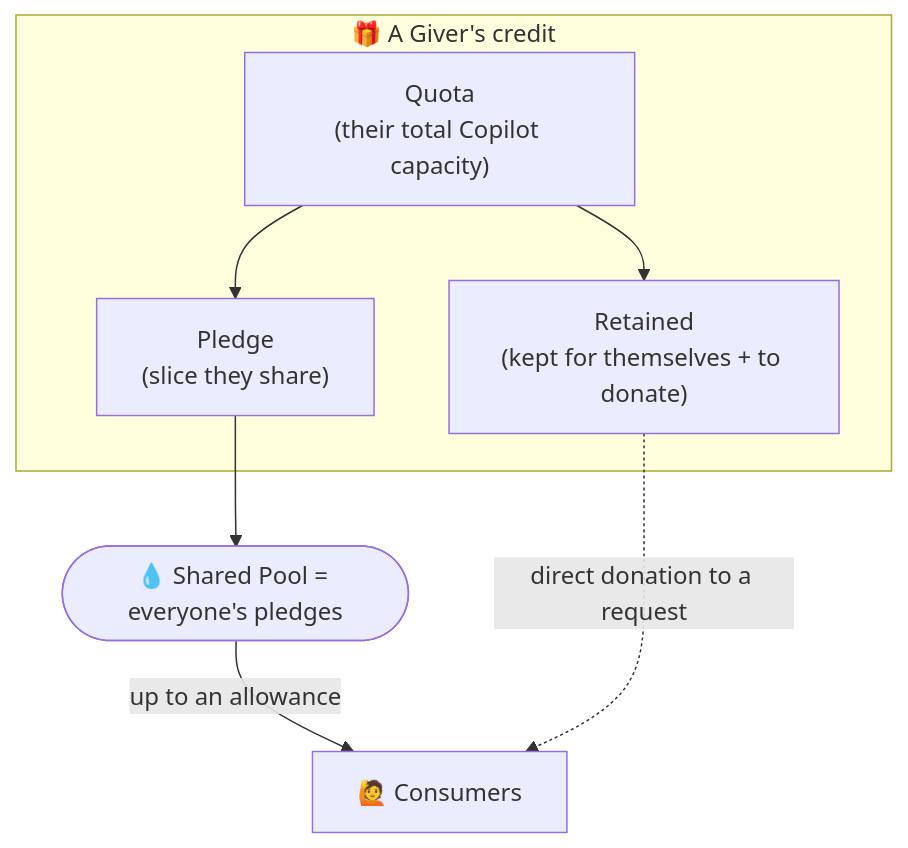
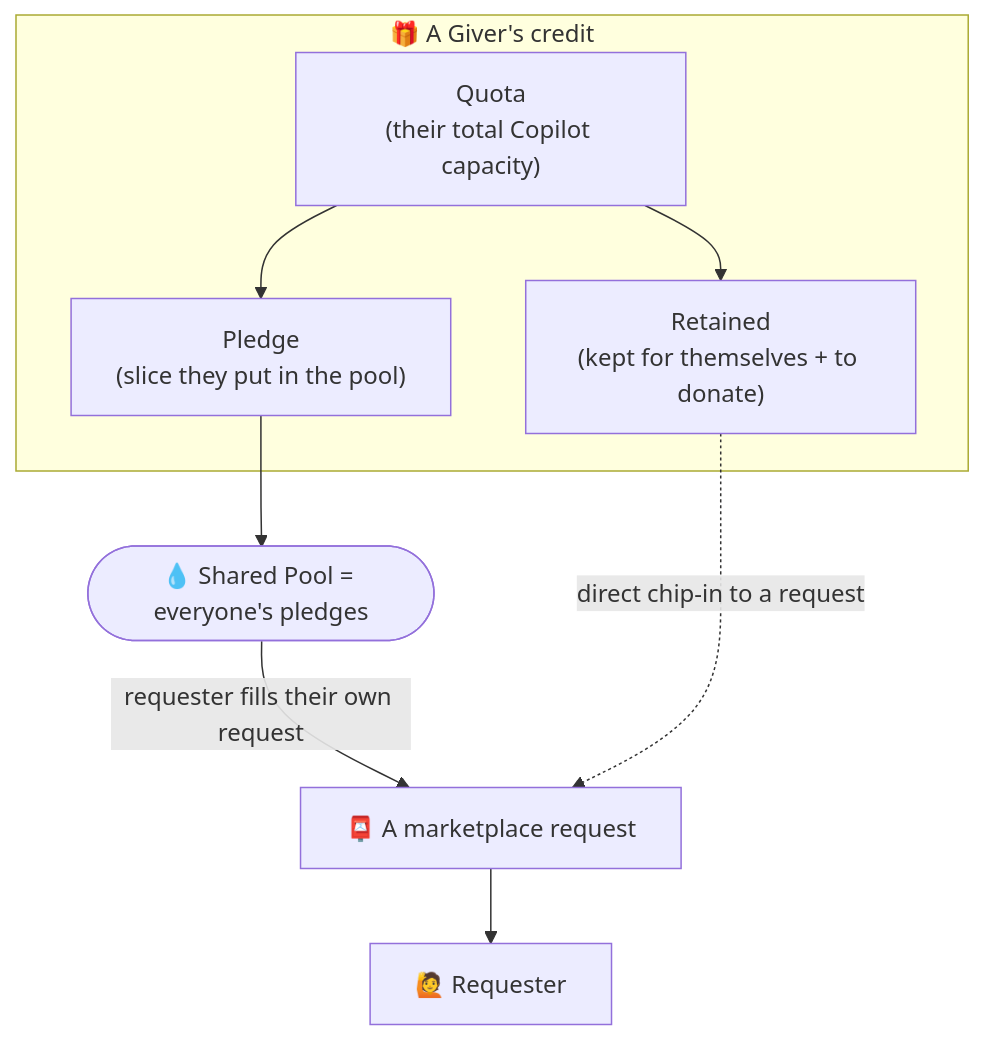
Before and after one commit to khirooo/CTC: the first of 2 diagrams in docs/guide/04-credits-and-accounting.md, drawn with Mermaid. The commit also changed other lines of this file and 5 other files, not shown here.

````diff
--- a/docs/guide/04-credits-and-accounting.md
+++ b/docs/guide/04-credits-and-accounting.md
@@ -24,11 +24,12 @@
 ```mermaid
 flowchart TB
     subgraph Giver["🎁 A Giver's credit"]
         Quota["Quota<br/>(their total Copilot capacity)"]
-        Quota --> Pledge["Pledge<br/>(slice they share)"]
+        Quota --> Pledge["Pledge<br/>(slice they put in the pool)"]
         Quota --> Retained["Retained<br/>(kept for themselves + to donate)"]
     end
     Pledge --> Pool([💧 Shared Pool = everyone's pledges])
-    Pool -->|"up to an allowance"| Consumer["🙋 Consumers"]
-    Retained -.->|"direct donation to a request"| Consumer
+    Pool -->|"requester fills their own request"| Request["📮 A marketplace request"]
+    Retained -.->|"direct chip-in to a request"| Request
+    Request --> Consumer["🙋 Requester"]
 ```
````
